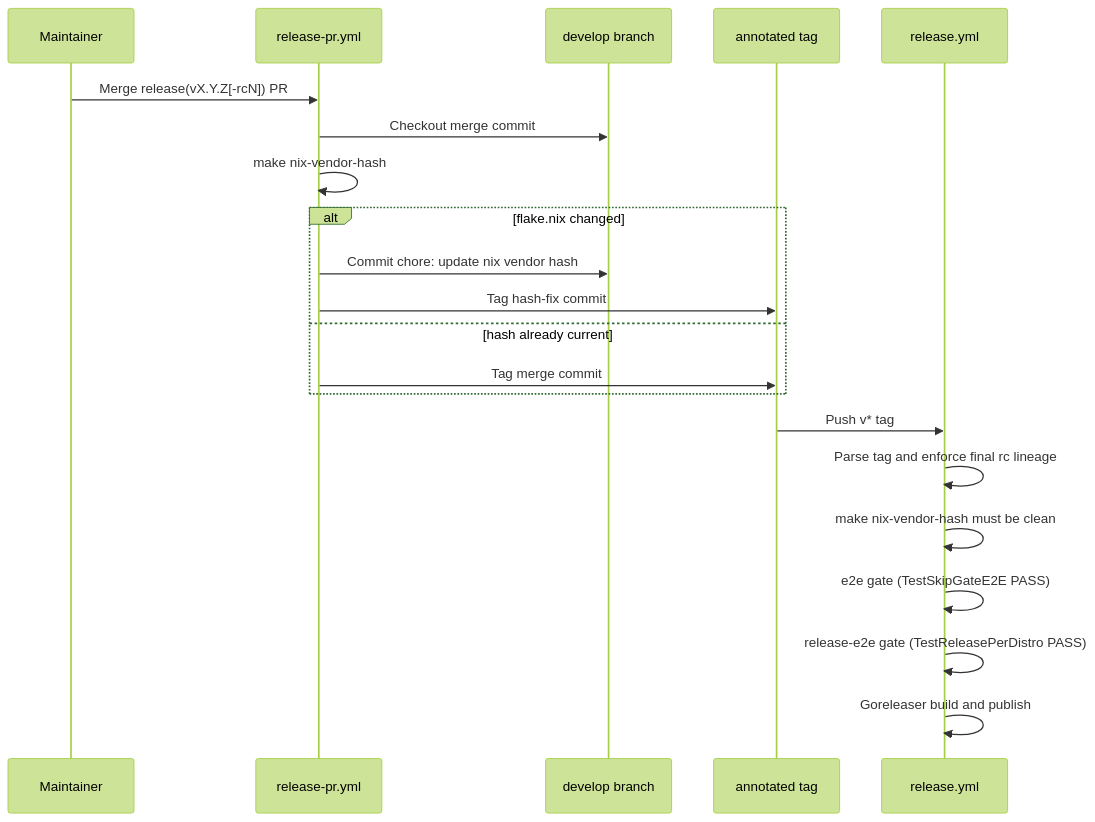
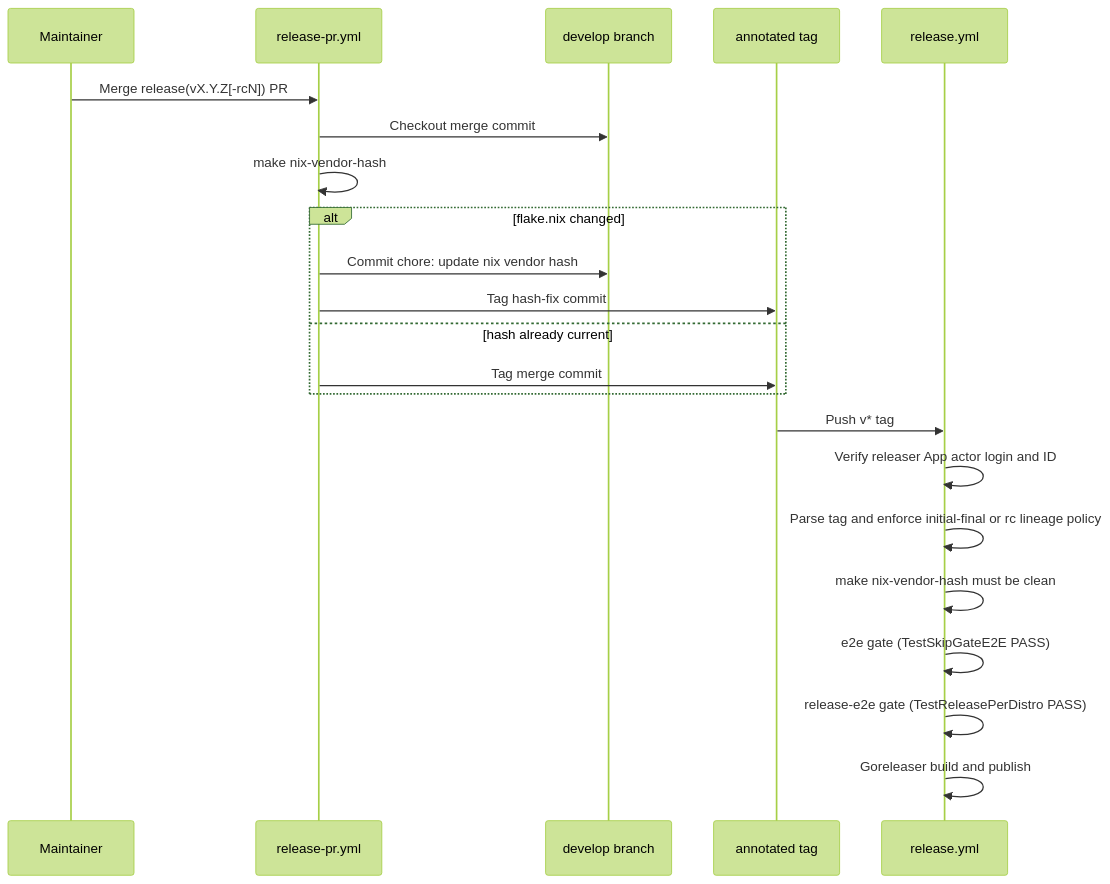
The second of 4 diagrams in docs/release-architecture.md (peasant-labs/peasant), drawn with Mermaid (forest theme) before and after one commit. The commit also changed other lines of this file and 12 other files, not shown here.

````diff
--- a/docs/release-architecture.md
+++ b/docs/release-architecture.md
@@ -88,24 +97,25 @@
 ```mermaid
 sequenceDiagram
   participant Maintainer
   participant PR as release-pr.yml
   participant Git as develop branch
   participant Tag as annotated tag
   participant Rel as release.yml
 
   Maintainer->>PR: Merge release(vX.Y.Z[-rcN]) PR
   PR->>Git: Checkout merge commit
   PR->>PR: make nix-vendor-hash
   alt flake.nix changed
     PR->>Git: Commit chore: update nix vendor hash
     PR->>Tag: Tag hash-fix commit
   else hash already current
     PR->>Tag: Tag merge commit
   end
   Tag->>Rel: Push v* tag
-  Rel->>Rel: Parse tag and enforce final rc lineage
+  Rel->>Rel: Verify releaser App actor login and ID
+  Rel->>Rel: Parse tag and enforce initial-final or rc lineage policy
   Rel->>Rel: make nix-vendor-hash must be clean
   Rel->>Rel: e2e gate (TestSkipGateE2E PASS)
   Rel->>Rel: release-e2e gate (TestReleasePerDistro PASS)
   Rel->>Rel: Goreleaser build and publish
 ```
````
